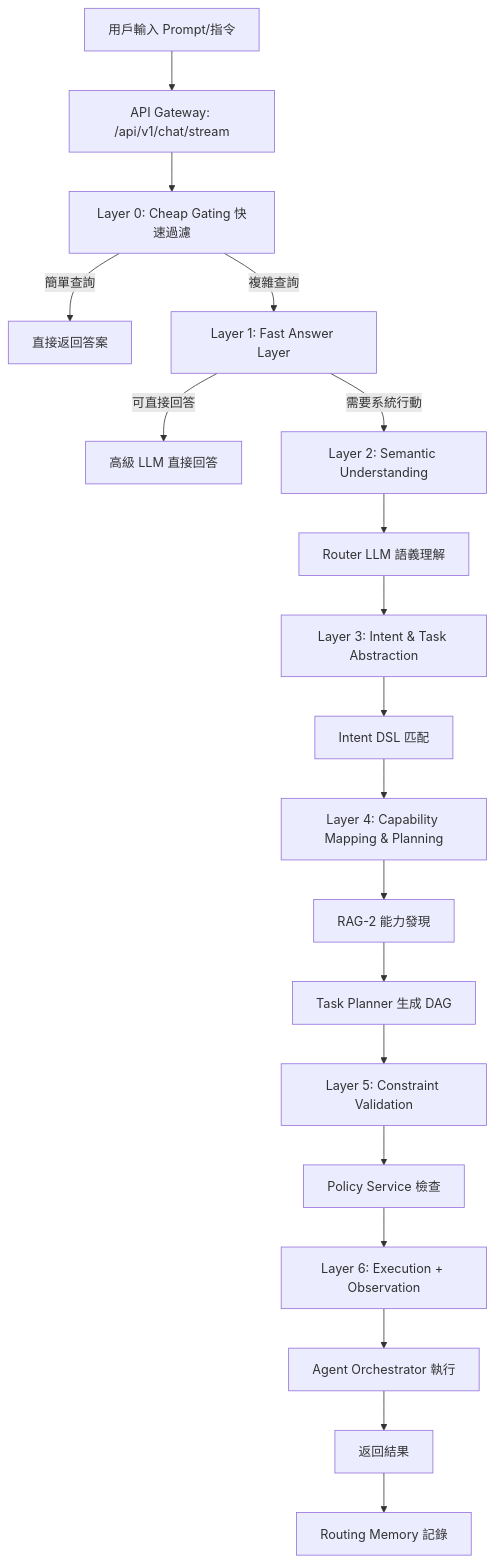
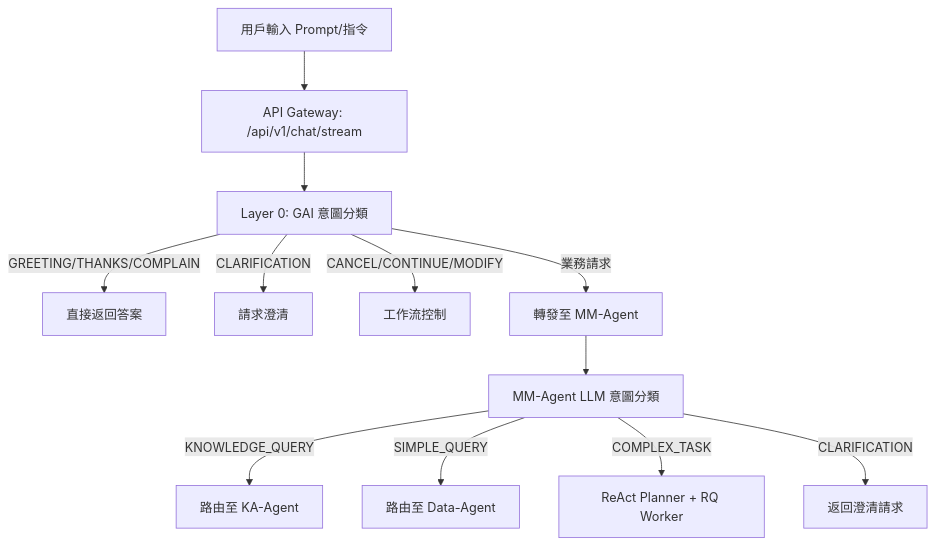
The second of 2 diagrams in docs/系统设计文档/核心组件/語義與任務分析/語義與任務分析詳細說明.md (DanielChung520/AI-Box), drawn with Mermaid before and after one commit. The commit also changed other lines of this file and 216 other files, not shown here.

````diff
--- a/docs/系统设计文档/核心组件/語義與任務分析/語義與任務分析詳細說明.md
+++ b/docs/系统设计文档/核心组件/語義與任務分析/語義與任務分析詳細說明.md
@@ -40,21 +114,14 @@
 ```mermaid
 graph TD
     A[用戶輸入 Prompt/指令] --> B[API Gateway: /api/v1/chat/stream]
-    B --> C[Layer 0: Cheap Gating 快速過濾]
-    C -->|簡單查詢| D[直接返回答案]
-    C -->|複雜查詢| E[Layer 1: Fast Answer Layer]
-    E -->|可直接回答| F[高級 LLM 直接回答]
-    E -->|需要系統行動| G[Layer 2: Semantic Understanding]
-    G --> H[Router LLM 語義理解]
-    H --> I[Layer 3: Intent & Task Abstraction]
-    I --> J[Intent DSL 匹配]
-    J --> K[Layer 4: Capability Mapping & Planning]
-    K --> L[RAG-2 能力發現]
-    L --> M[Task Planner 生成 DAG]
-    M --> N[Layer 5: Constraint Validation]
-    N --> O[Policy Service 檢查]
-    O --> P[Layer 6: Execution + Observation]
-    P --> Q[Agent Orchestrator 執行]
-    Q --> R[返回結果]
-    R --> S[Routing Memory 記錄]
+    B --> C[Layer 0: GAI 意圖分類]
+    C -->|GREETING/THANKS/COMPLAIN| D[直接返回答案]
+    C -->|CLARIFICATION| E[請求澄清]
+    C -->|CANCEL/CONTINUE/MODIFY| F[工作流控制]
+    C -->|"業務請求"| G[轉發至 MM-Agent]
+    G --> H[MM-Agent LLM 意圖分類]
+    H -->|KNOWLEDGE_QUERY| I[路由至 KA-Agent]
+    H -->|SIMPLE_QUERY| J[路由至 Data-Agent]
+    H -->|COMPLEX_TASK| K[ReAct Planner + RQ Worker]
+    H -->|CLARIFICATION| L[返回澄清請求]
 ```
````
